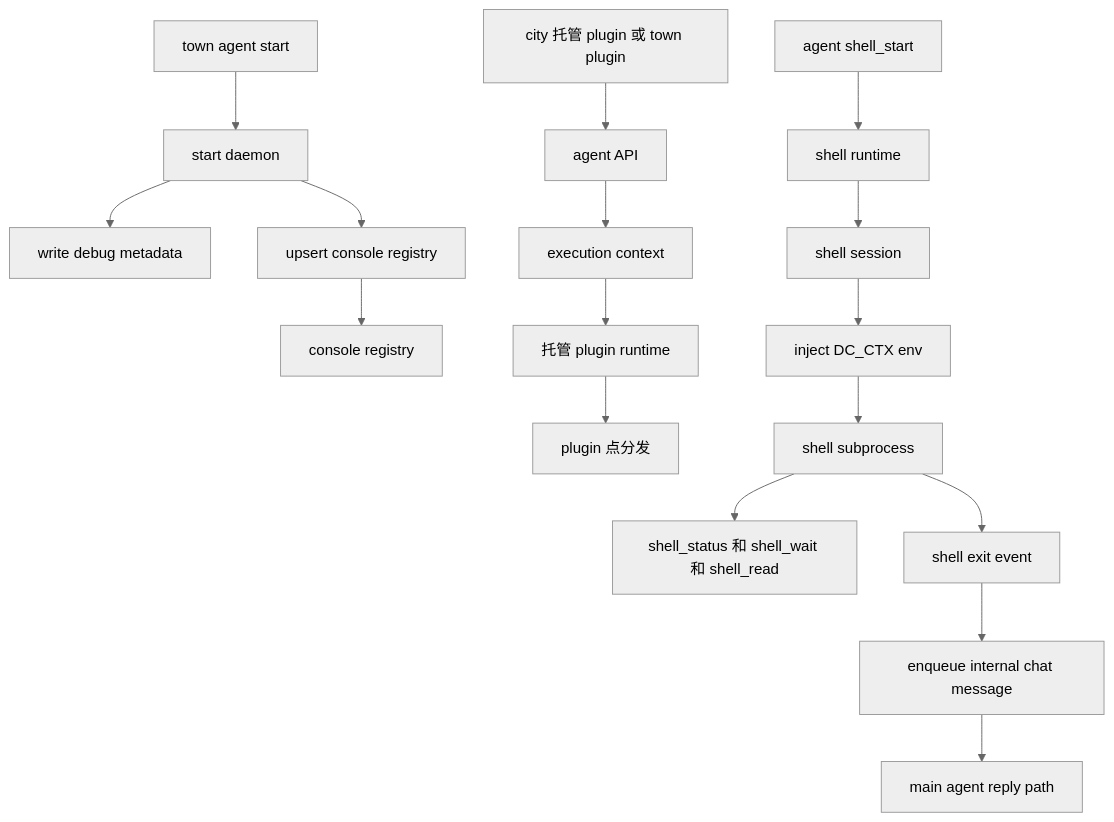
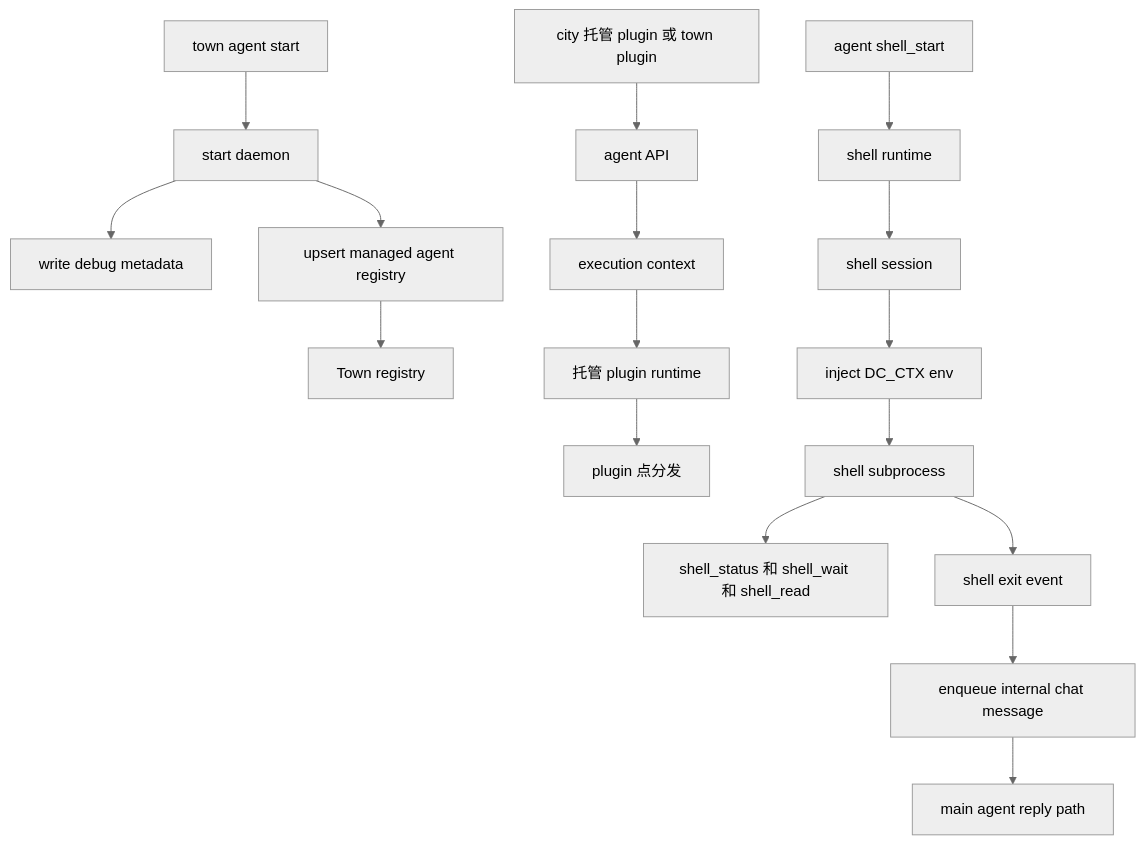
One commit to wangenius/downcity changed the diagram in homepage/content/docs/zh/concepts/console-registration-and-shell-flow.mdx. Above: the diagram before and after it, drawn with Mermaid (neutral theme). The commit also changed other lines of this file and 118 other files, not shown here.

````diff
--- a/homepage/content/docs/zh/concepts/console-registration-and-shell-flow.mdx
+++ b/homepage/content/docs/zh/concepts/console-registration-and-shell-flow.mdx
@@ -33,21 +33,21 @@
 ```mermaid
 flowchart TD
   A["town agent start"] --> B["start daemon"]
   B --> C["write debug metadata"]
-  B --> D["upsert console registry"]
-  D --> E["console registry"]
+  B --> D["upsert managed agent registry"]
+  D --> E["Town registry"]
 
   F["city 托管 plugin 或 town plugin"] --> G["agent API"]
   G --> H["execution context"]
   H --> I["托管 plugin runtime"]
   I --> J["plugin 点分发"]
 
   L["agent shell_start"] --> M["shell runtime"]
   M --> N["shell session"]
   N --> O["inject DC_CTX env"]
   O --> P["shell subprocess"]
   P --> Q["shell_status 和 shell_wait 和 shell_read"]
   P --> R["shell exit event"]
   R --> S["enqueue internal chat message"]
   S --> T["main agent reply path"]
 ```
````
